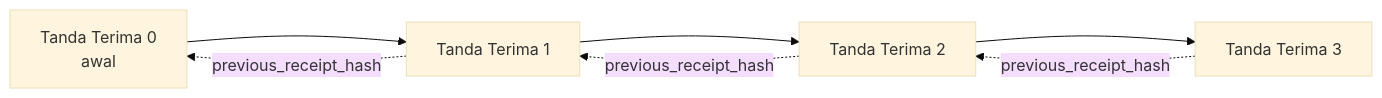
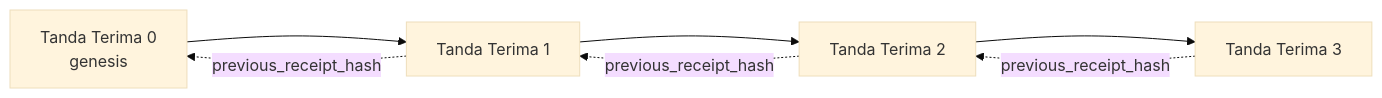
Before and after one commit to microsoft/ai-agents-for-beginners: the second of 2 diagrams in translations/id/18-securing-ai-agents/README.md, drawn with Mermaid (base theme). The commit also changed other lines of this file and 46 other files, not shown here.

````diff
--- a/translations/id/18-securing-ai-agents/README.md
+++ b/translations/id/18-securing-ai-agents/README.md
@@ -206,9 +203,9 @@
 ```mermaid
 flowchart LR
-    R0[Tanda Terima 0<br/>awal] --> R1[Tanda Terima 1]
+    R0[Tanda Terima 0<br/>genesis] --> R1[Tanda Terima 1]
     R1 --> R2[Tanda Terima 2]
     R2 --> R3[Tanda Terima 3]
     R1 -. previous_receipt_hash .-> R0
     R2 -. previous_receipt_hash .-> R1
     R3 -. previous_receipt_hash .-> R2
 ```
````
